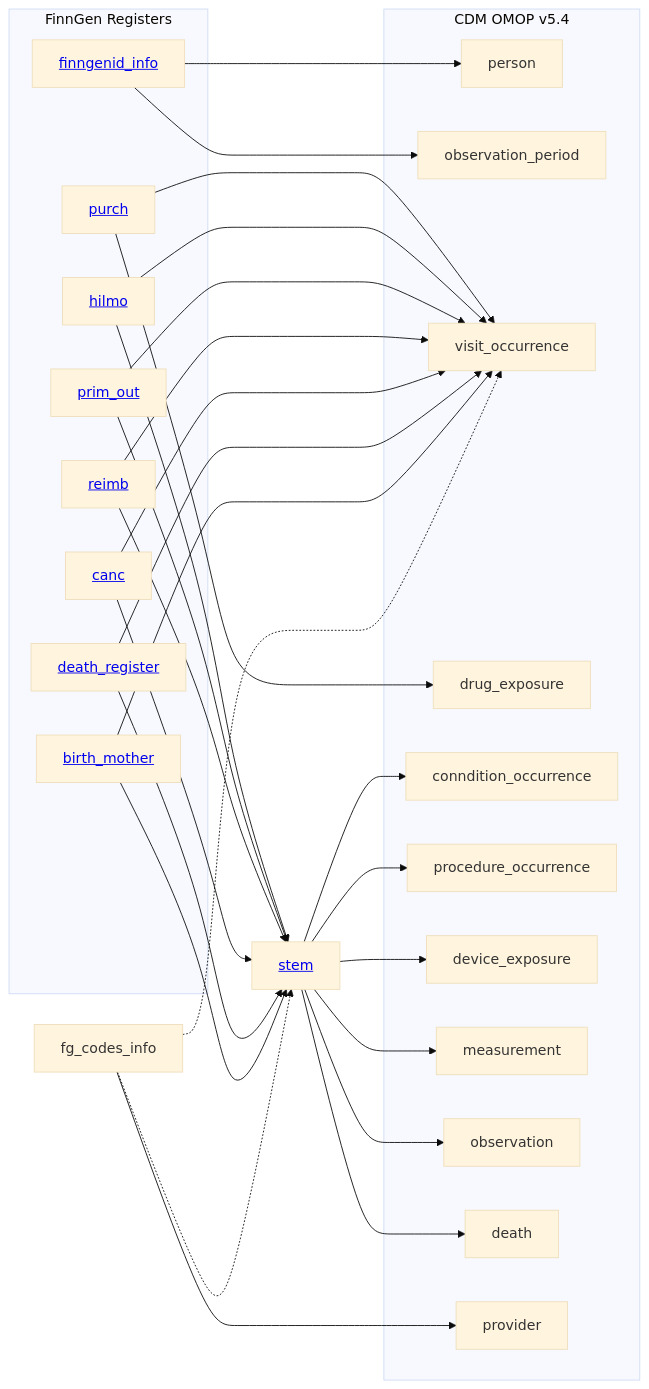
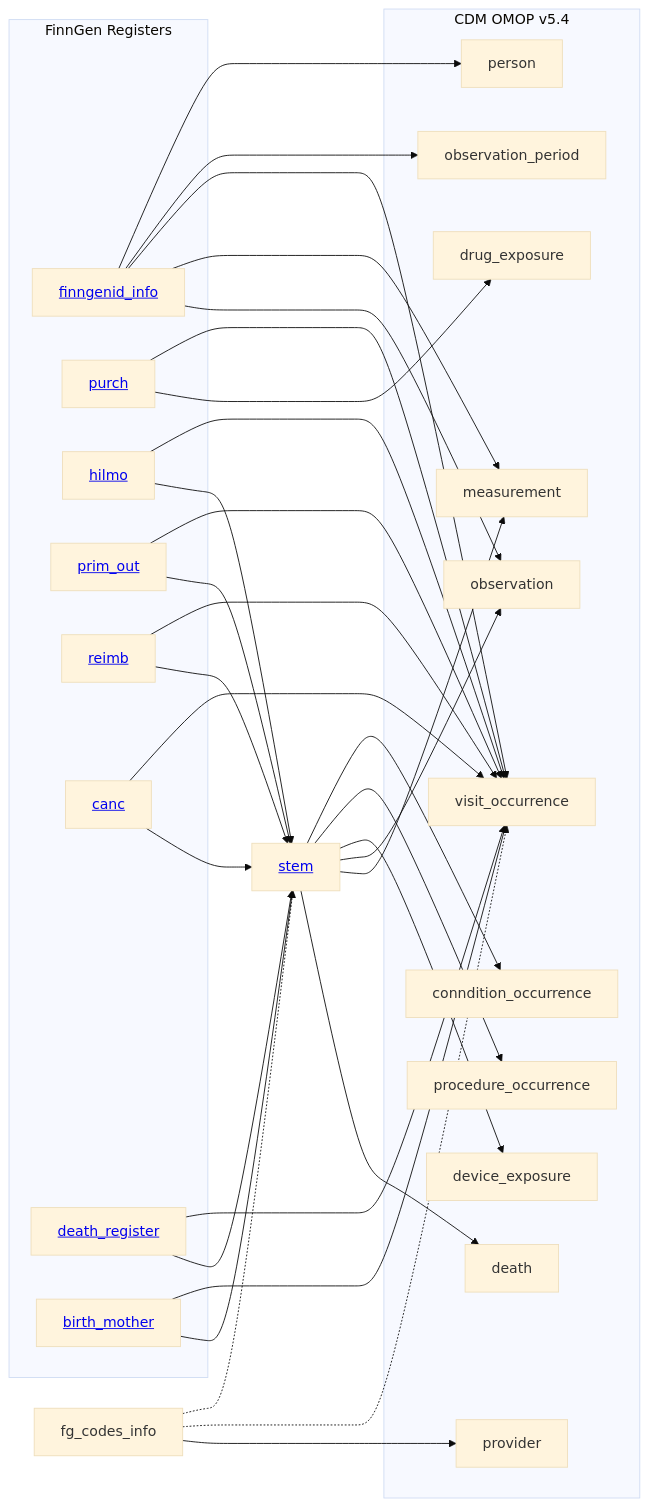
One commit to FINNGEN/ETL changed the diagram in 2_etl_specifications/documentation/home.md. Above: the diagram before and after it, drawn with Mermaid.

Commit message:
Fixed the home.md with mermaid figure.

````diff
--- a/2_etl_specifications/documentation/home.md
+++ b/2_etl_specifications/documentation/home.md
@@ -20,67 +20,70 @@
 ```mermaid
 %%{init: {'theme': 'base' } }%%
 flowchart LR
     subgraph FinnGen Registers
         finngenid_info[<a href='finngenid_info.html'>finngenid_info</a>]
         purch[<a href='purch.html'>purch</a>]
         hilmo[<a href='hilmo.html'>hilmo</a>]
         prim_out[<a href='prim_out.html'>prim_out</a>]
         reimb[<a href='reimb.html'>reimb</a>]
         canc[<a href='canc.html'>canc</a>]
         death_register[<a href='death_register.html'>death_register</a>]
         birth_mother[<a href='birth_mother.html'>birth_mother</a>]
     end
 
     stem[<a href='stem.html'>stem</a>]
 
     subgraph CDM OMOP v5.4
         person
         observation_period
         visit_occurrence
         drug_exposure
+        measurement
+        observation
         conndition_occurrence
         procedure_occurrence
         device_exposure
-        measurement
-        observation
         death
         provider
     end
 
 
     finngenid_info-->person
     finngenid_info-->observation_period
-
-    purch --> visit_occurrence
-    purch --> drug_exposure
+    finngenid_info-->visit_occurrence
+    finngenid_info-->measurement
+    finngenid_info-->observation
 
     hilmo --> visit_occurrence
     hilmo --> stem
 
     prim_out --> visit_occurrence
     prim_out --> stem
 
     reimb --> visit_occurrence
     reimb --> stem
 
     canc --> visit_occurrence
     canc --> stem
 
     death_register --> visit_occurrence
     death_register --> stem
 
     birth_mother --> visit_occurrence
     birth_mother --> stem
 
+    purch --> visit_occurrence
+    purch --> drug_exposure
+    
     stem --> conndition_occurrence 
     stem --> procedure_occurrence
     stem --> device_exposure
     stem --> observation
     stem --> measurement
     stem --> death
 
     fg_codes_info -.-> stem 
     fg_codes_info -.-> visit_occurrence 
     fg_codes_info -->provider
     
 ```
````
